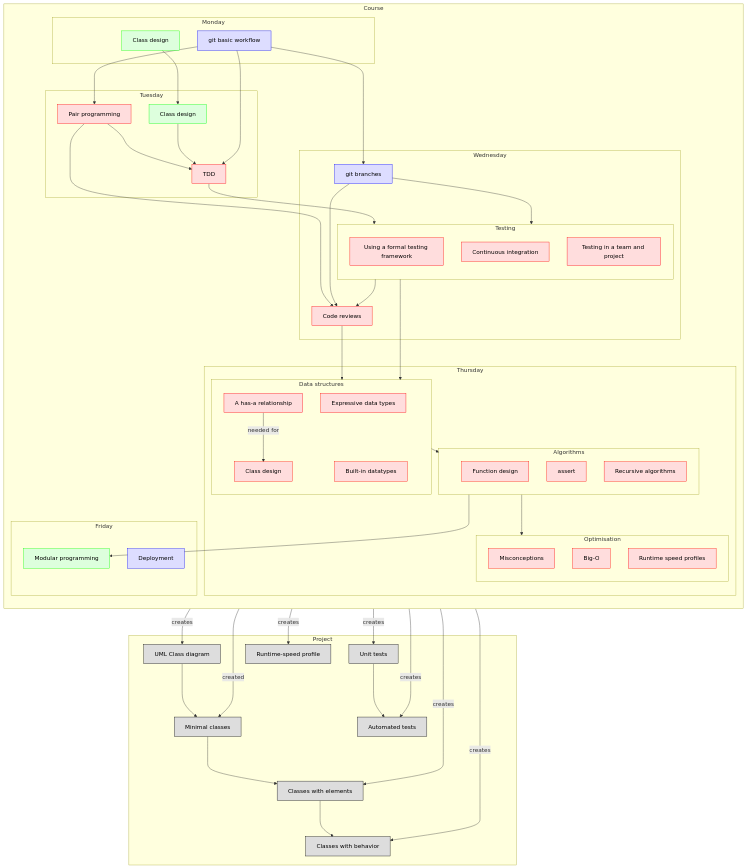
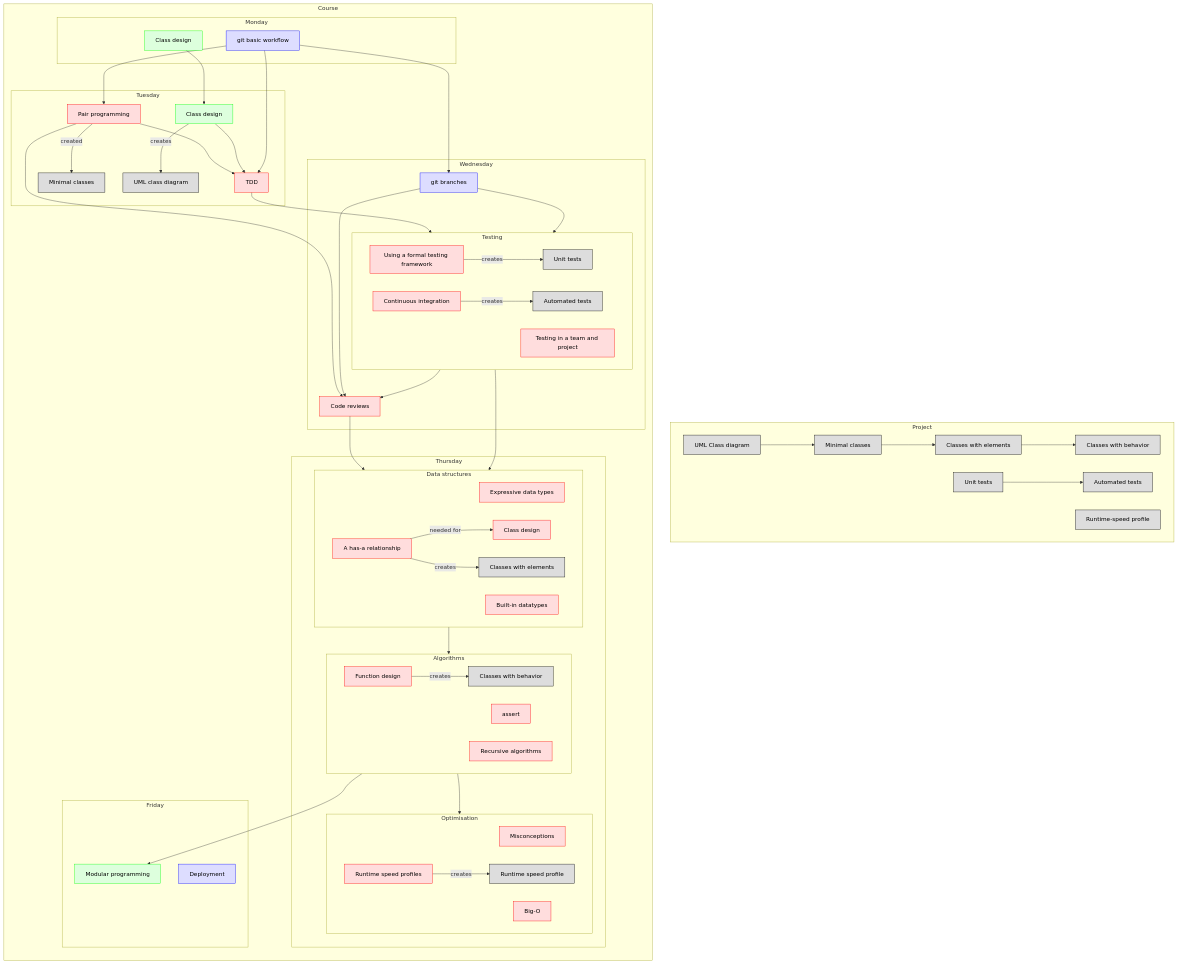
The second of 2 diagrams in docs/intro.md (UPPMAX/programming_formalisms), drawn with Mermaid before and after one commit.

Commit message:
Show project relations next to graph

````diff
--- a/docs/intro.md
+++ b/docs/intro.md
@@ -118,18 +118,18 @@
   classDef richel_node fill:#fdd,color:#000,stroke:#f00
   classDef project_node fill:#ddd,color:#000,stroke:#000
   subgraph project[Project]
-    uml_class_diagram[UML Class diagram]:::project_node
-    minimal_classes[Minimal classes]:::project_node
-    unit_tests[Unit tests]:::project_node
-    automated_tests[Automated tests]:::project_node
-    classes_with_elements[Classes with elements]:::project_node
-    classes_with_behavior[Classes with behavior]:::project_node
-    runtime_speed_profile[Runtime-speed profile]:::project_node
+    p_uml_class_diagram[UML Class diagram]:::project_node
+    p_minimal_classes[Minimal classes]:::project_node
+    p_unit_tests[Unit tests]:::project_node
+    p_automated_tests[Automated tests]:::project_node
+    p_classes_with_elements[Classes with elements]:::project_node
+    p_classes_with_behavior[Classes with behavior]:::project_node
+    p_runtime_speed_profile[Runtime-speed profile]:::project_node
 
-    uml_class_diagram ---> minimal_classes
-    minimal_classes ---> classes_with_elements
-    classes_with_elements ---> classes_with_behavior
-    unit_tests ---> automated_tests
+    p_uml_class_diagram ---> p_minimal_classes
+    p_minimal_classes ---> p_classes_with_elements
+    p_classes_with_elements ---> p_classes_with_behavior
+    p_unit_tests ---> p_automated_tests
 
   end
   subgraph course[Course]
@@ -142,12 +142,16 @@
     class_design_2[Class design]:::lars_node
     pair_programming[Pair programming]:::richel_node
     tdd[TDD]:::richel_node
+    uml_class_diagram[UML class diagram]:::project_node
+    minimal_classes[Minimal classes]:::project_node
   end
   subgraph day_3[Wednesday]
     subgraph testing[Testing]
       testing_framework[Using a formal testing framework]:::richel_node
       continuous_integration[Continuous integration]:::richel_node
       testing_in_a_team[Testing in a team and project]:::richel_node
+      unit_tests[Unit tests]:::project_node
+      automated_tests[Automated tests]:::project_node
     end
     code_reviews[Code reviews]:::richel_node
     git_branches[git branches]:::bjorn_node
@@ -159,16 +163,20 @@
       class_design_in_code[Class design]:::richel_node
       built_in_datatypes[Built-in datatypes]:::richel_node
       has_a_relationship --> |needed for| class_design_in_code
+      classes_with_elements[Classes with elements]:::project_node
     end
     subgraph algorithms[Algorithms]
       function_design[Function design]:::richel_node
       assert[assert]:::richel_node
       recursive_algorithms[Recursive algorithms]:::richel_node
+      classes_with_behavior[Classes with behavior]:::project_node
     end
     subgraph optimisation[Optimisation]
       misconceptions[Misconceptions]:::richel_node
       big_o[Big-O]:::richel_node
       runtime_speed_profiles[Runtime speed profiles]:::richel_node
+      runtime_speed_profile[Runtime speed profile]:::project_node
+
     end
   end
   subgraph day_5[Friday]
@@ -202,5 +210,4 @@
   has_a_relationship --> |creates| classes_with_elements
   function_design --> |creates| classes_with_behavior
   runtime_speed_profiles --> |creates| runtime_speed_profile
-
 ```
````
